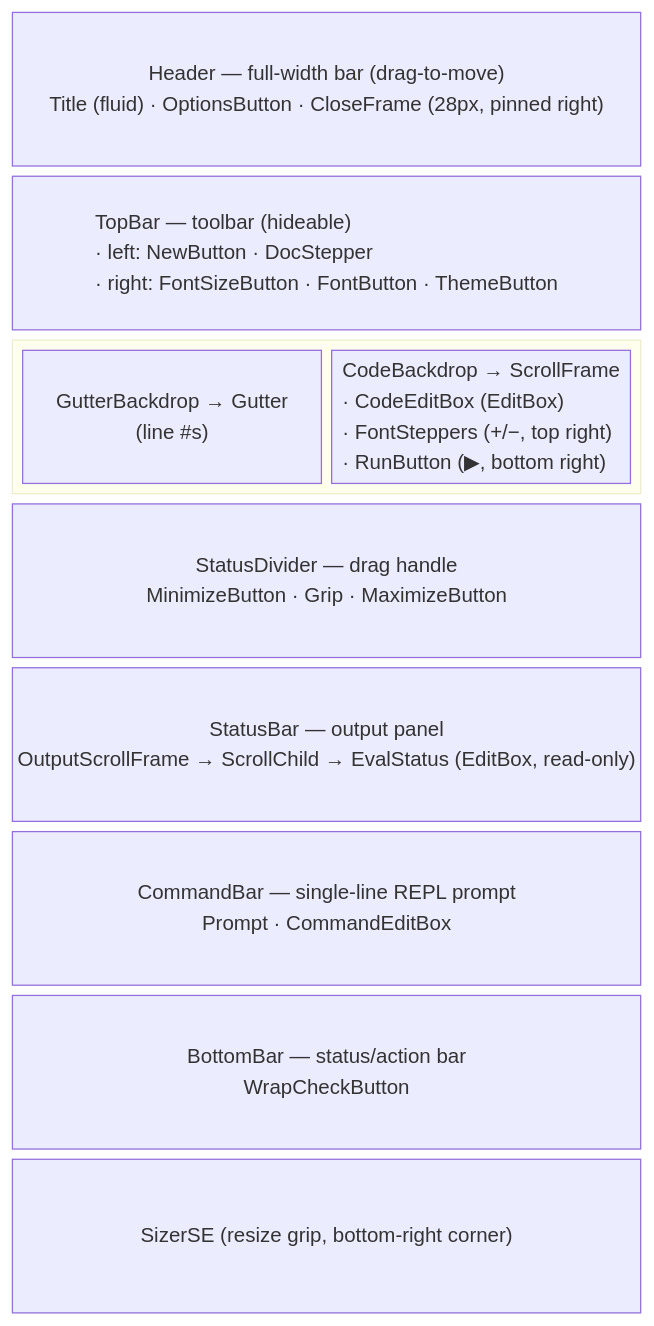
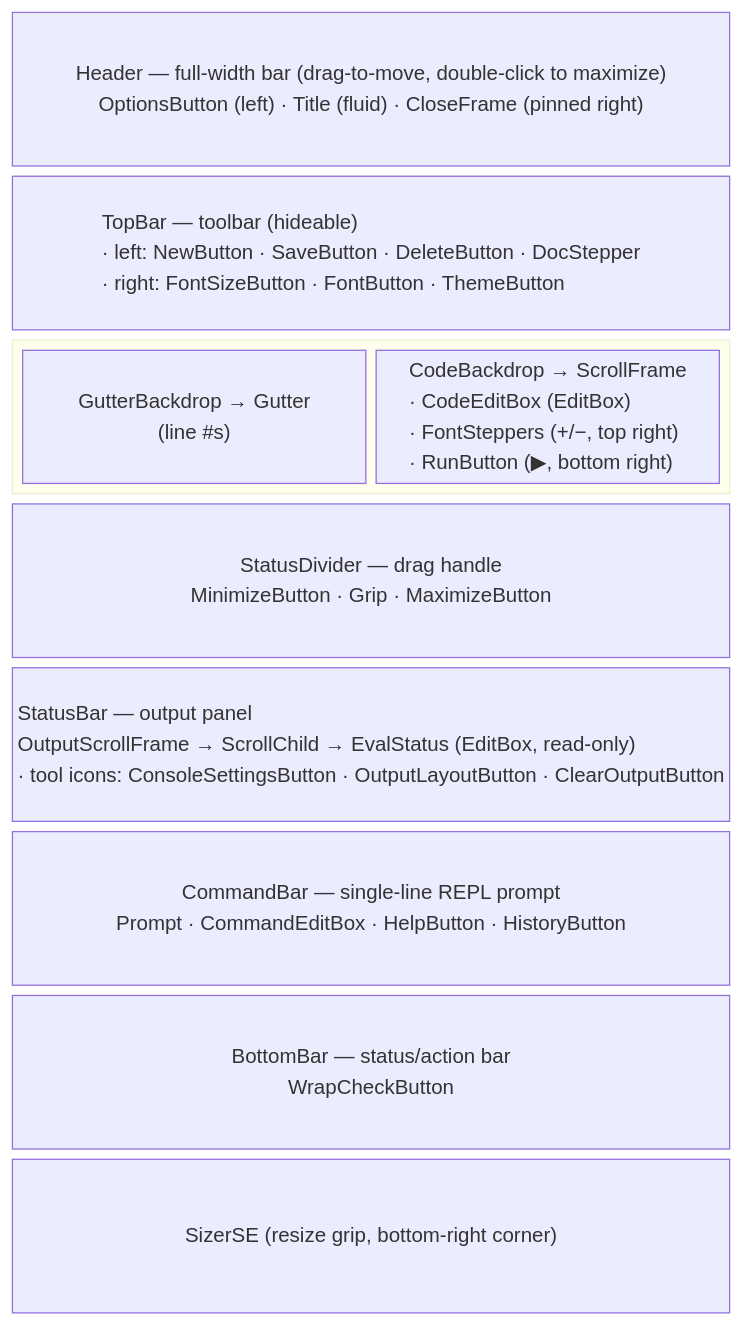
One commit to kapresoft/wow-addon-LuaDevKit changed the diagram in LuaDevKit-CodeEditor/README_CodeEditor.md. Above: the diagram before and after it, drawn with Mermaid. The commit also changed other lines of this file, not shown here.

First line of the commit message:
Update README_CodeEditor.md for the released Code Editor

````diff
--- a/LuaDevKit-CodeEditor/README_CodeEditor.md
+++ b/LuaDevKit-CodeEditor/README_CodeEditor.md
@@ -33,18 +41,18 @@
 ```mermaid
 
 block-beta
 columns 1
-  Header["Header — full-width bar (drag-to-move)\nTitle (fluid) · OptionsButton · CloseFrame (28px, pinned right)"]
-  TopBar["TopBar — toolbar (hideable)\n· left: NewButton · DocStepper\n· right: FontSizeButton · FontButton · ThemeButton"]
+  Header["Header — full-width bar (drag-to-move, double-click to maximize)\nOptionsButton (left) · Title (fluid) · CloseFrame (pinned right)"]
+  TopBar["TopBar — toolbar (hideable)\n· left: NewButton · SaveButton · DeleteButton · DocStepper\n· right: FontSizeButton · FontButton · ThemeButton"]
   block:body
     Gutter["GutterBackdrop → Gutter\n(line #s)"]
     Code["CodeBackdrop → ScrollFrame\n· CodeEditBox (EditBox)\n· FontSteppers (+/−, top right)\n· RunButton (▶, bottom right)"]
   end
   Divider["StatusDivider — drag handle\nMinimizeButton · Grip · MaximizeButton"]
-  Status["StatusBar — output panel\nOutputScrollFrame → ScrollChild → EvalStatus (EditBox, read-only)"]
-  Command["CommandBar — single-line REPL prompt\nPrompt · CommandEditBox"]
+  Status["StatusBar — output panel\nOutputScrollFrame → ScrollChild → EvalStatus (EditBox, read-only)\n· tool icons: ConsoleSettingsButton · OutputLayoutButton · ClearOutputButton"]
+  Command["CommandBar — single-line REPL prompt\nPrompt · CommandEditBox · HelpButton · HistoryButton"]
   BottomBar["BottomBar — status/action bar\nWrapCheckButton"]
   Sizer["SizerSE (resize grip, bottom-right corner)"]
   classDef left text-align:left
-  class Code,TopBar left
+  class Code,TopBar,Status left
 ```
````
